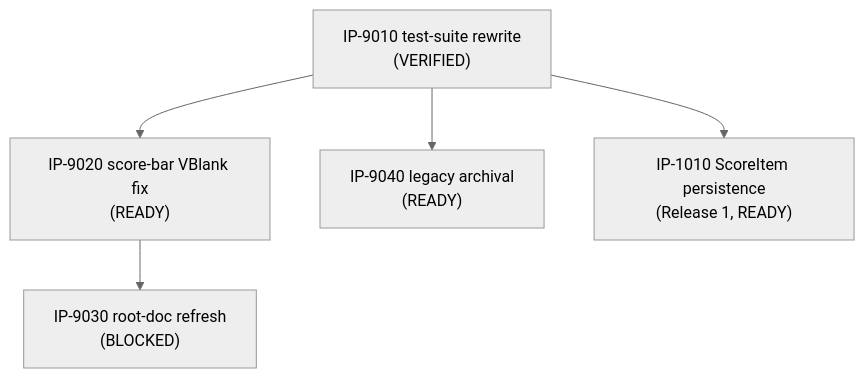
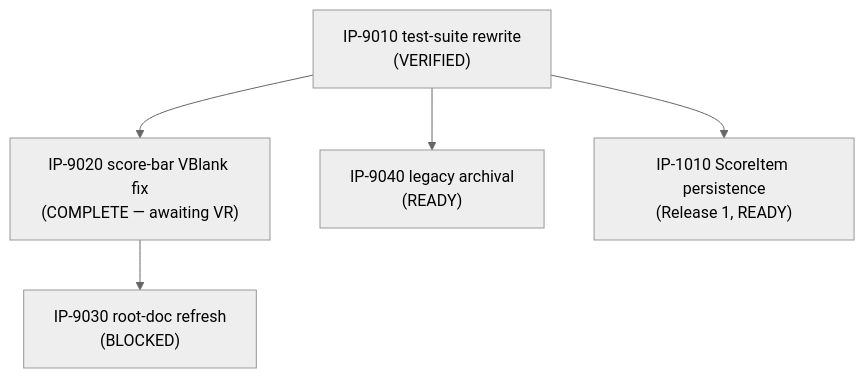
The diagram in docs/implementation/00-master-build-plan.md (Zabin/RsGame), drawn with Mermaid (neutral theme) before and after one commit. The commit also changed other lines of this file and 8 other files, not shown here.

First line of the commit message:
feat(asm): IP-9020 -- relocate score-bar HUD write to frame-top VBlank

````diff
--- a/docs/implementation/00-master-build-plan.md
+++ b/docs/implementation/00-master-build-plan.md
@@ -26,12 +26,12 @@
 ```mermaid
 graph TD
     IP9010["IP-9010 test-suite rewrite<br/>(VERIFIED)"]
-    IP9020["IP-9020 score-bar VBlank fix<br/>(READY)"]
+    IP9020["IP-9020 score-bar VBlank fix<br/>(COMPLETE — awaiting VR)"]
     IP9030["IP-9030 root-doc refresh<br/>(BLOCKED)"]
     IP9040["IP-9040 legacy archival<br/>(READY)"]
     IP1010["IP-1010 ScoreItem persistence<br/>(Release 1, READY)"]
     IP9010 --> IP9020
     IP9010 --> IP9040
     IP9010 --> IP1010
     IP9020 --> IP9030
 ```
````
